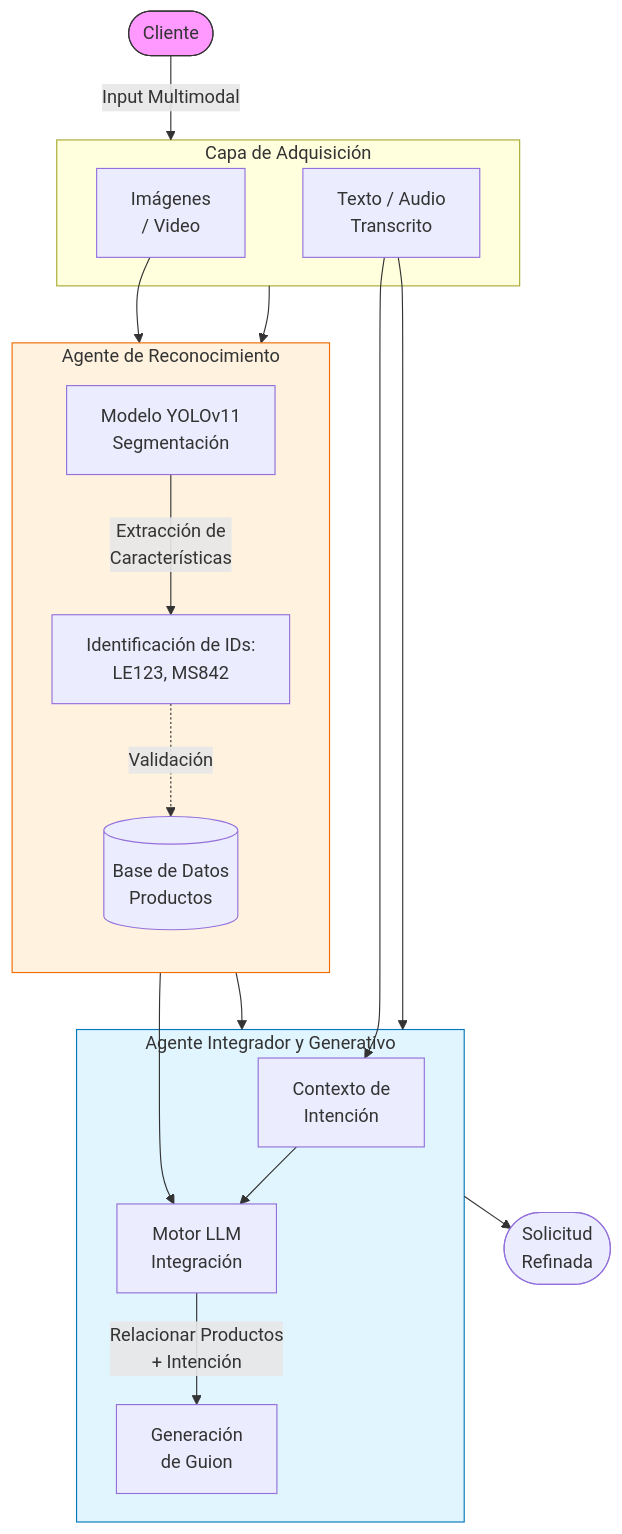
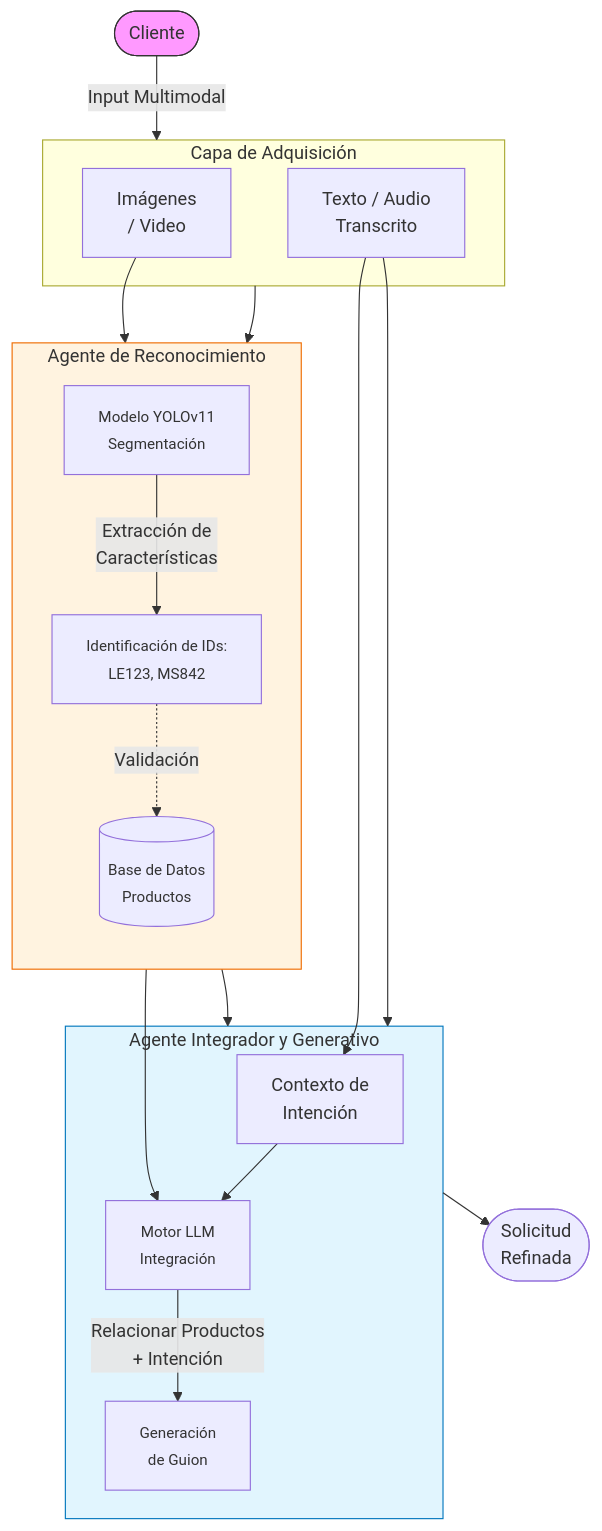
Before and after one commit to marcoxskii/ProyectoFinalAprendizajeAut: the diagram in README.md, drawn with Mermaid. The commit also changed other lines of this file, not shown here.

````diff
--- a/README.md
+++ b/README.md
@@ -39,39 +37,39 @@
 ```mermaid
 graph TD
     User([Cliente]) -->|Input Multimodal| Input_Layer
     
     subgraph Input_Layer [Capa de Adquisición]
         Img[Imágenes<br/>/ Video]
         Txt[Texto / Audio<br/>Transcrito]
     end
     
     Input_Layer --> Recognition_Agent
     
     subgraph Recognition_Agent [Agente de Reconocimiento]
         direction TB
-        YOLO[Modelo YOLOv11<br/>Segmentación]
-        Db[(Base de Datos<br/>Productos)]
+        YOLO[<small>Modelo YOLOv11<br/>Segmentación</small>]
+        Db[(<small>Base de Datos<br/>Productos</small>)]
         
         Img --> YOLO
-        YOLO -->|Extracción de<br/>Características| IDs[Identificación de IDs:<br/>LE123, MS842]
+        YOLO -->|Extracción de<br/>Características| IDs[<small>Identificación de IDs:<br/>LE123, MS842</small>]
         IDs -.->|Validación| Db
     end
     
     Recognition_Agent --> Integration_Agent
     Txt --> Integration_Agent
     
     subgraph Integration_Agent [Agente Integrador y Generativo]
         Context[Contexto de<br/>Intención]
-        LLM[Motor LLM<br/>Integración]
+        LLM[<small>Motor LLM<br/>Integración</small>]
         
         IDs --> LLM
         Txt --> Context --> LLM
-        LLM -->|Relacionar Productos<br/>+ Intención| Script[Generación<br/>de Guion]
+        LLM -->|Relacionar Productos<br/>+ Intención| Script[<small>Generación<br/>de Guion</small>]
     end
     
     Integration_Agent --> Output([Solicitud<br/>Refinada])
     
     style User fill:#f9f,stroke:#333
     style Integration_Agent fill:#e1f5fe,stroke:#0277bd
     style Recognition_Agent fill:#fff3e0,stroke:#ef6c00
 ```
````
